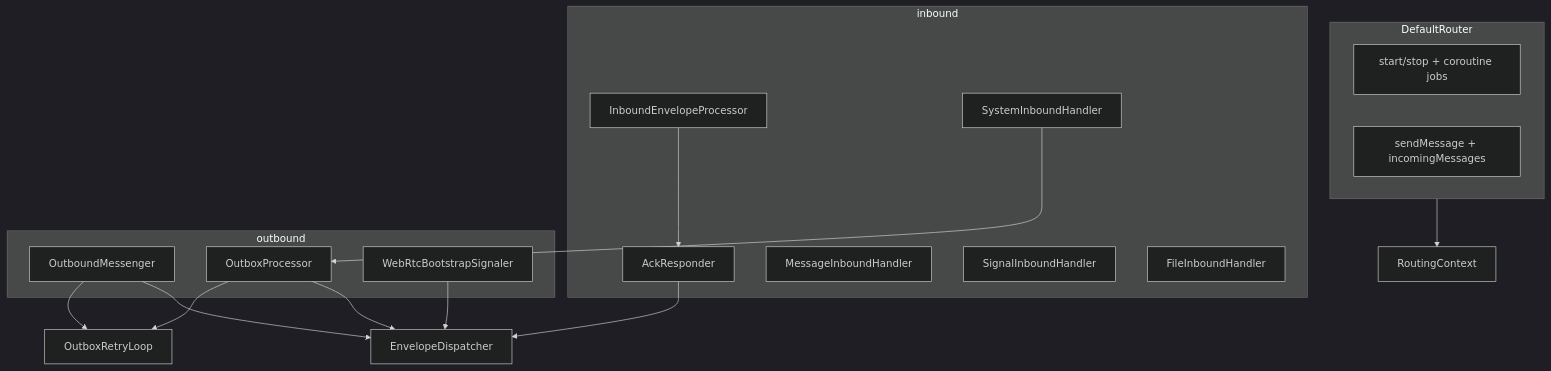
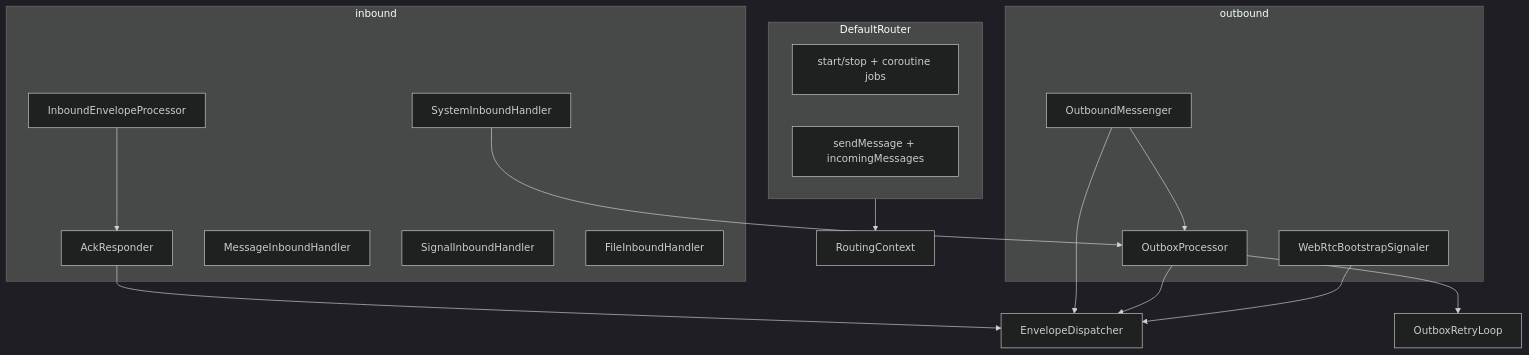
One commit to kswiorek/YapYap changed the diagram in docs/router.md. Above: the diagram before and after it, drawn with Mermaid (dark theme). The commit also changed other lines of this file and 8 other files, not shown here.

````diff
--- a/docs/router.md
+++ b/docs/router.md
@@ -40,36 +41,36 @@
 ```mermaid
 flowchart TB
     subgraph facade [DefaultRouter]
         lifecycle[start/stop + coroutine jobs]
         API[sendMessage + incomingMessages]
     end
 
     subgraph inbound [inbound]
         IEP[InboundEnvelopeProcessor]
         AR[AckResponder]
         MH[MessageInboundHandler]
         SH[SignalInboundHandler]
         SYH[SystemInboundHandler]
         FH[FileInboundHandler]
     end
 
     subgraph outbound [outbound]
         OM[OutboundMessenger]
         OP[OutboxProcessor]
         WBS[WebRtcBootstrapSignaler]
     end
 
     RC[RoutingContext]
     ED[EnvelopeDispatcher]
     ORL[OutboxRetryLoop]
 
     facade --> RC
     AR --> ED
     OM --> ED
     OP --> ED
     WBS --> ED
     IEP --> AR
     SYH --> OP
+    OM --> OP
     OP --> ORL
-    OM --> ORL
 ```
````
